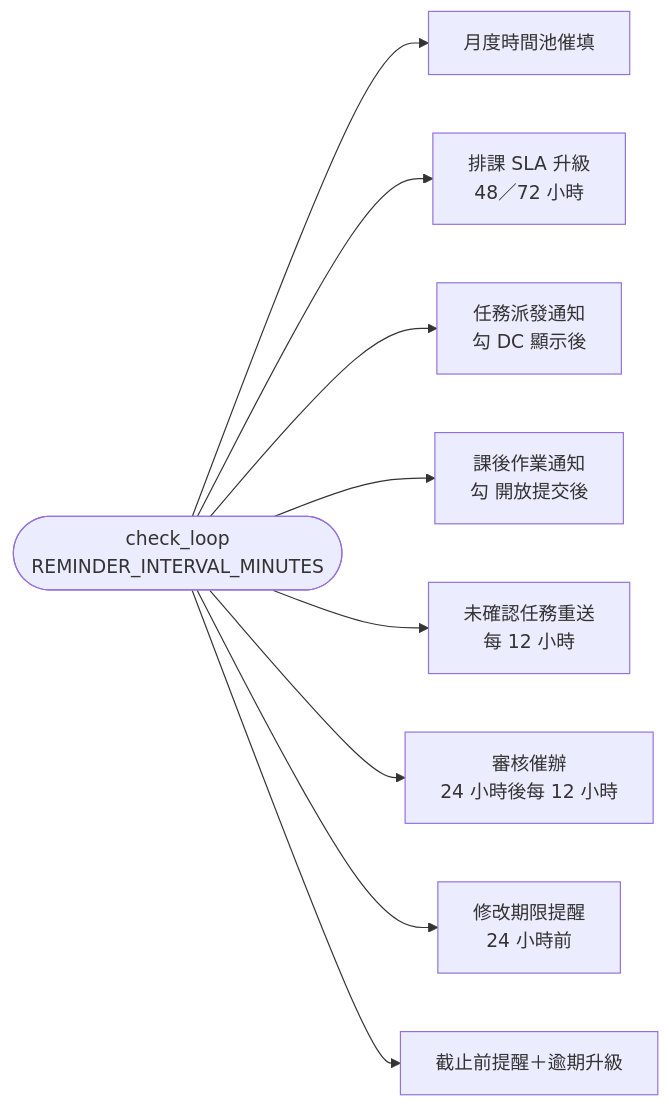
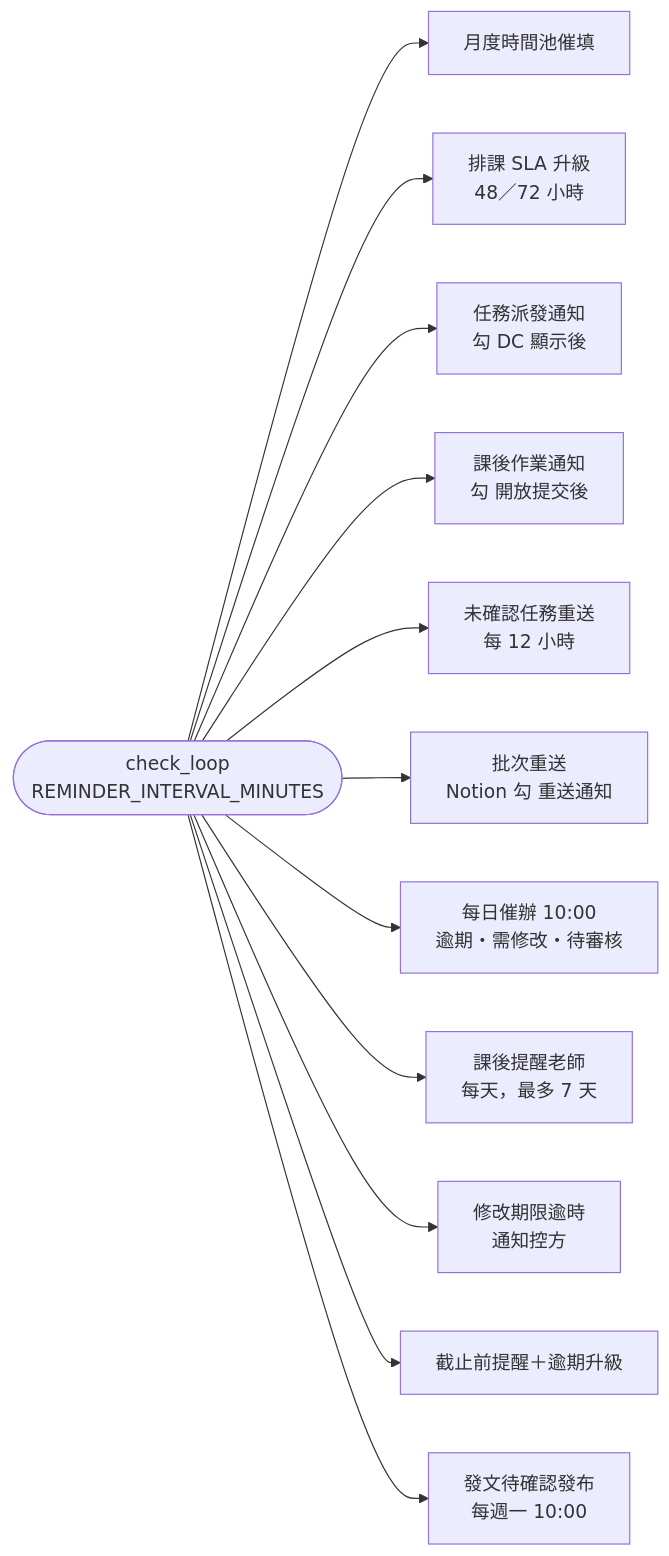
One commit to johnnysun0621/kari-kari-ai-ops changed the sixth of 7 diagrams in docs/foundation/FLOWCHART.md. Above: the diagram before and after it, drawn with Mermaid. The commit also changed other lines of this file and 14 other files, not shown here.

````diff
--- a/docs/foundation/FLOWCHART.md
+++ b/docs/foundation/FLOWCHART.md
@@ -205,11 +205,14 @@
 ```mermaid
 flowchart LR
     Loop(["check_loop<br/>REMINDER_INTERVAL_MINUTES"]) --> A1["月度時間池催填"]
     Loop --> A2["排課 SLA 升級<br/>48／72 小時"]
     Loop --> A3["任務派發通知<br/>勾 DC 顯示後"]
     Loop --> A4["課後作業通知<br/>勾 開放提交後"]
     Loop --> A5["未確認任務重送<br/>每 12 小時"]
-    Loop --> A6["審核催辦<br/>24 小時後每 12 小時"]
-    Loop --> A7["修改期限提醒<br/>24 小時前"]
+    Loop --> A9["批次重送<br/>Notion 勾 重送通知"]
+    Loop --> A6["每日催辦 10:00<br/>逾期・需修改・待審核"]
+    Loop --> A10["課後提醒老師<br/>每天，最多 7 天"]
+    Loop --> A7["修改期限逾時<br/>通知控方"]
     Loop --> A8["截止前提醒＋逾期升級"]
+    Loop --> A11["發文待確認發布<br/>每週一 10:00"]
 ```
````
